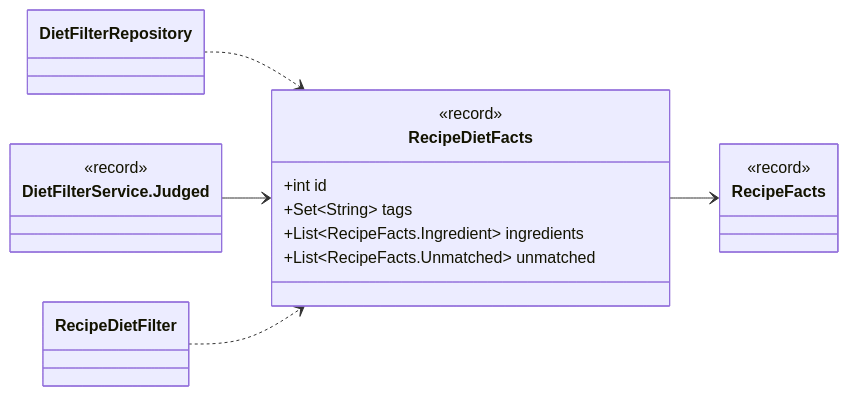
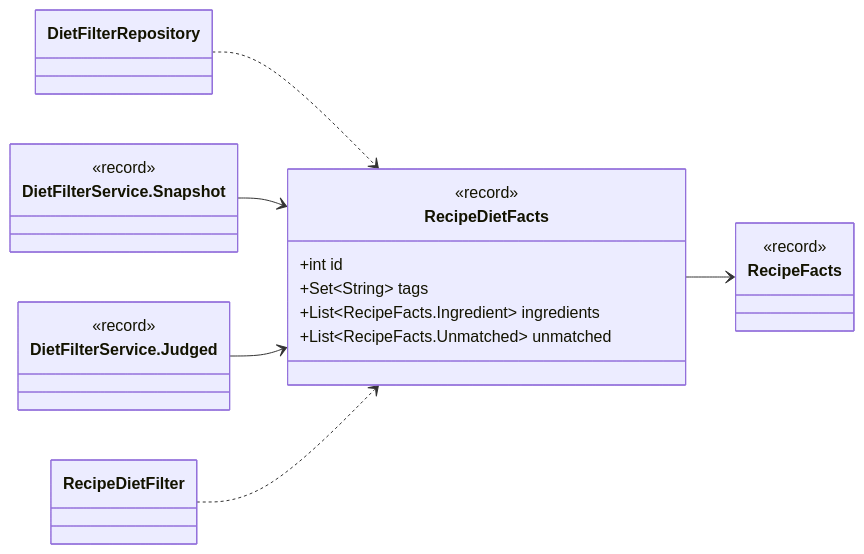
Diagram 14 of 15 in docs/classes/diet.md (Nate-ryan-7690/dahaem), drawn with Mermaid before and after one commit. The commit also changed other lines of this file and 35 other files, not shown here.

````diff
--- a/docs/classes/diet.md
+++ b/docs/classes/diet.md
@@ -570,23 +643,27 @@
 ```mermaid
 classDiagram
     direction LR
     class diet_RecipeDietFacts["RecipeDietFacts"] {
         <<record>>
         +int id
         +Set~String~ tags
         +List~RecipeFacts.Ingredient~ ingredients
         +List~RecipeFacts.Unmatched~ unmatched
     }
     class tags_RecipeFacts["RecipeFacts"] {
         <<record>>
     }
+    class diet_DietFilterService_Snapshot["DietFilterService.Snapshot"] {
+        <<record>>
+    }
     class diet_DietFilterService_Judged["DietFilterService.Judged"] {
         <<record>>
     }
     class diet_DietFilterRepository["DietFilterRepository"]
     class diet_RecipeDietFilter["RecipeDietFilter"]
     diet_RecipeDietFacts --> tags_RecipeFacts
     diet_DietFilterRepository ..> diet_RecipeDietFacts
+    diet_DietFilterService_Snapshot --> diet_RecipeDietFacts
     diet_DietFilterService_Judged --> diet_RecipeDietFacts
     diet_RecipeDietFilter ..> diet_RecipeDietFacts
 ```
````
